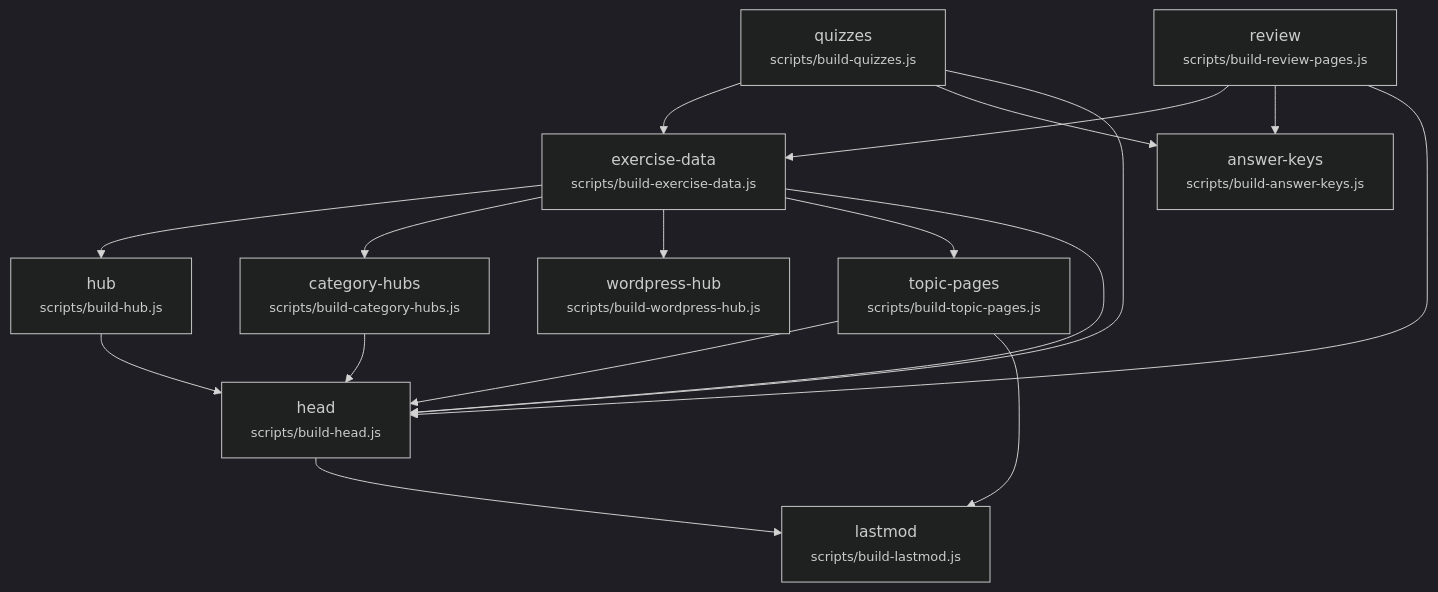
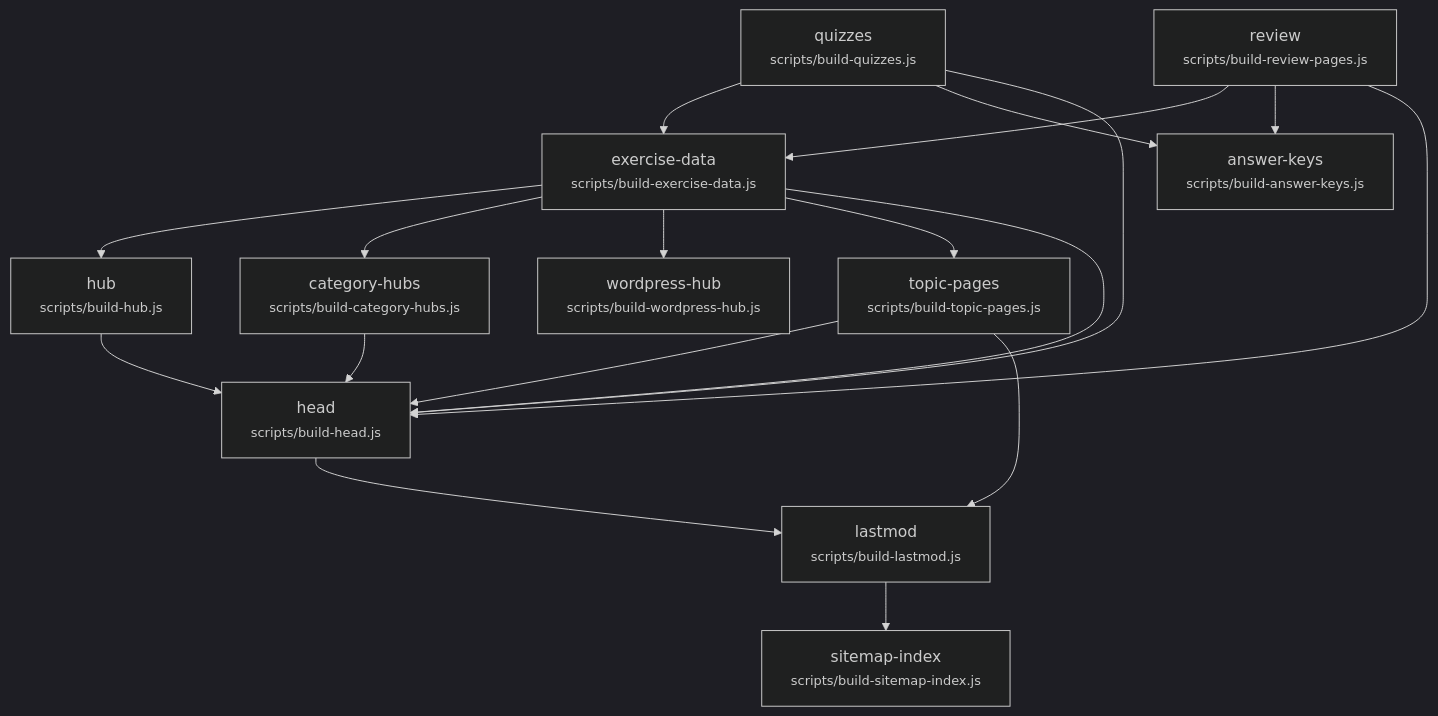
One commit to EnglishOnlineTraining/vocab-games changed the diagram in docs/build-graph.mmd. Above: the diagram before and after it, drawn with Mermaid (dark theme). The commit also changed 15 other files, not shown here.

First line of the commit message:
Sitemap: one child sitemap per section under sitemap-index.xml

```diff
--- a/docs/build-graph.mmd
+++ b/docs/build-graph.mmd
@@ -1,29 +1,31 @@
 %% GENERATED by scripts/build.js --write-graph — do not edit by hand.
 %% Run `node scripts/build.js --write-graph` after changing scripts/pipeline.js.
 graph TD
   quizzes["quizzes<br/><small>scripts/build-quizzes.js</small>"]
   review["review<br/><small>scripts/build-review-pages.js</small>"]
   exercise_data["exercise-data<br/><small>scripts/build-exercise-data.js</small>"]
   answer_keys["answer-keys<br/><small>scripts/build-answer-keys.js</small>"]
   hub["hub<br/><small>scripts/build-hub.js</small>"]
   category_hubs["category-hubs<br/><small>scripts/build-category-hubs.js</small>"]
   wordpress_hub["wordpress-hub<br/><small>scripts/build-wordpress-hub.js</small>"]
   topic_pages["topic-pages<br/><small>scripts/build-topic-pages.js</small>"]
   head["head<br/><small>scripts/build-head.js</small>"]
   lastmod["lastmod<br/><small>scripts/build-lastmod.js</small>"]
+  sitemap_index["sitemap-index<br/><small>scripts/build-sitemap-index.js</small>"]
   quizzes --> exercise_data
   review --> exercise_data
   quizzes --> answer_keys
   review --> answer_keys
   exercise_data --> hub
   exercise_data --> category_hubs
   exercise_data --> wordpress_hub
   exercise_data --> topic_pages
   hub --> head
   category_hubs --> head
   topic_pages --> head
   quizzes --> head
   review --> head
   exercise_data --> head
   head --> lastmod
   topic_pages --> lastmod
+  lastmod --> sitemap_index
```
